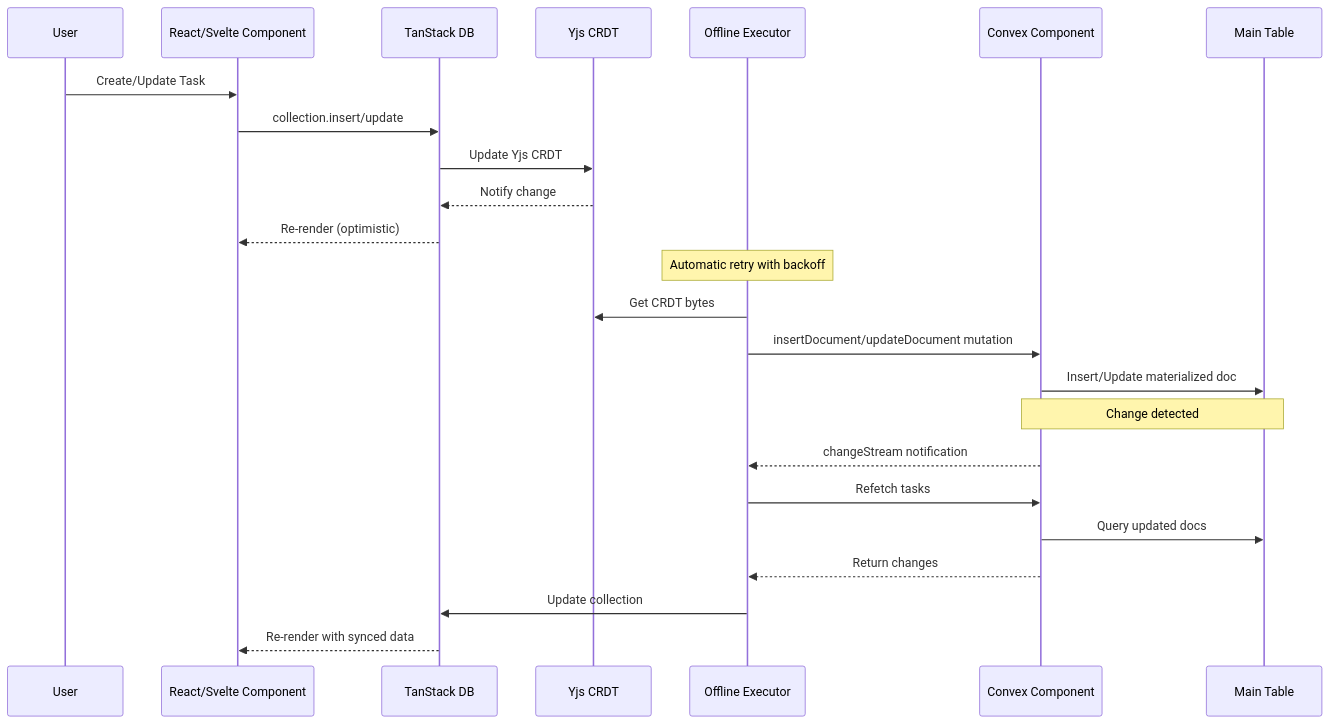
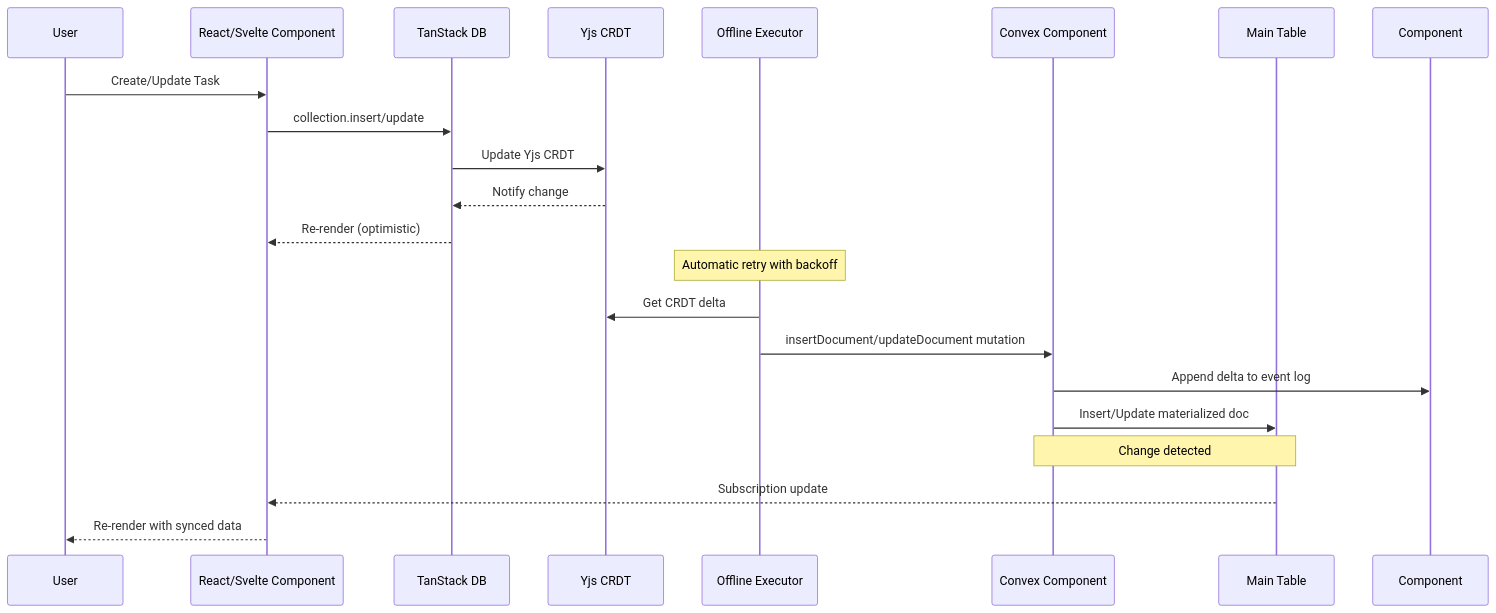
One commit to trestleinc/convex-replicate changed the first of 2 diagrams in README.md. Above: the diagram before and after it, drawn with Mermaid. The commit also changed other lines of this file and 6 other files, not shown here.

First line of the commit message:
docs: complete rewrite of CLAUDE.md and README.md to fix critical architecture misrepresentations

````diff
--- a/README.md
+++ b/README.md
@@ -46,29 +27,26 @@
 ```mermaid
 sequenceDiagram
     participant User
     participant UI as React/Svelte Component
     participant TDB as TanStack DB
     participant Yjs as Yjs CRDT
     participant Offline as Offline Executor
     participant Convex as Convex Component
     participant Table as Main Table
 
     User->>UI: Create/Update Task
     UI->>TDB: collection.insert/update
     TDB->>Yjs: Update Yjs CRDT
     Yjs-->>TDB: Notify change
     TDB-->>UI: Re-render (optimistic)
 
     Note over Offline: Automatic retry with backoff
-    Offline->>Yjs: Get CRDT bytes
+    Offline->>Yjs: Get CRDT delta
     Offline->>Convex: insertDocument/updateDocument mutation
+    Convex->>Component: Append delta to event log
     Convex->>Table: Insert/Update materialized doc
 
     Note over Convex,Table: Change detected
-    Convex-->>Offline: changeStream notification
-    Offline->>Convex: Refetch tasks
-    Convex->>Table: Query updated docs
-    Convex-->>Offline: Return changes
-    Offline->>TDB: Update collection
-    TDB-->>UI: Re-render with synced data
+    Table-->>UI: Subscription update
+    UI-->>User: Re-render with synced data
 ```
````
